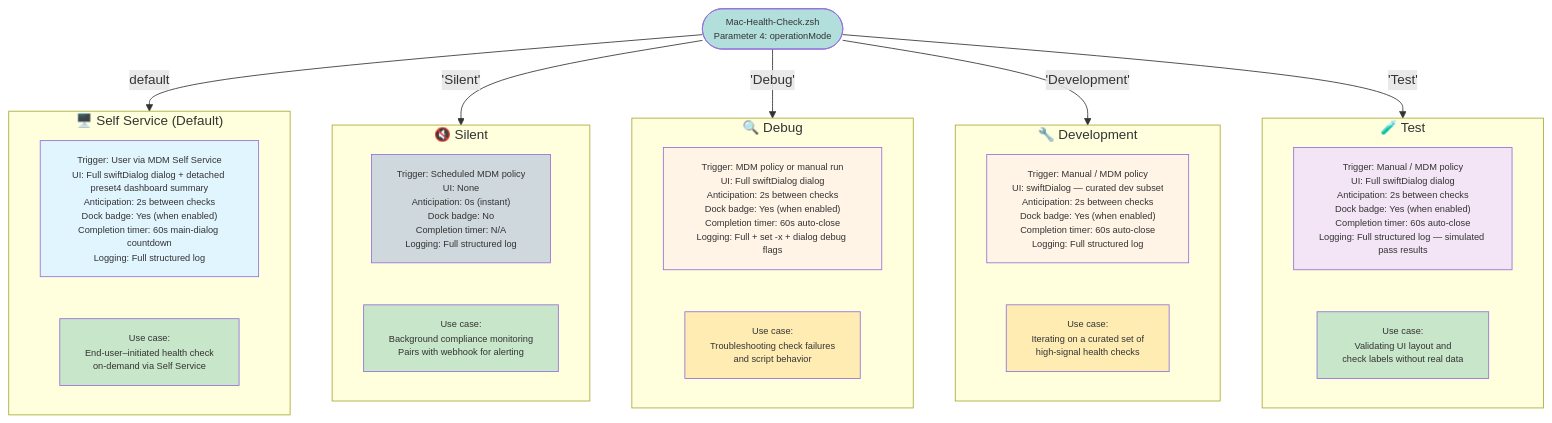
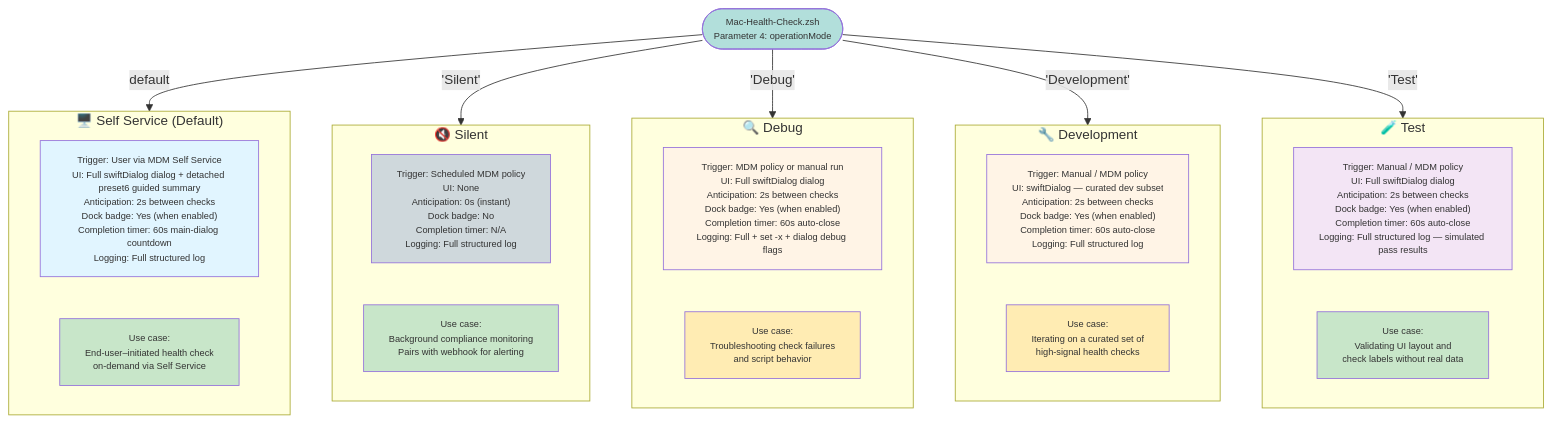
Before and after one commit to HowardGMac/Mac-Health-Check: the diagram in Diagrams/05-operation-modes.md, drawn with Mermaid. The commit also changed other lines of this file and 9 other files, not shown here.

````diff
--- a/Diagrams/05-operation-modes.md
+++ b/Diagrams/05-operation-modes.md
@@ -5,54 +5,54 @@
 ```mermaid
 graph TB
     ENTRY(["Mac-Health-Check.zsh<br>Parameter 4: operationMode"])
 
     subgraph SelfService["🖥️ Self Service (Default)"]
-        SS_DESC["Trigger: User via MDM Self Service<br>UI: Full swiftDialog dialog + detached preset4 dashboard summary<br>Anticipation: 2s between checks<br>Dock badge: Yes (when enabled)<br>Completion timer: 60s main-dialog countdown<br>Logging: Full structured log"]
+        SS_DESC["Trigger: User via MDM Self Service<br>UI: Full swiftDialog dialog + detached preset6 guided summary<br>Anticipation: 2s between checks<br>Dock badge: Yes (when enabled)<br>Completion timer: 60s main-dialog countdown<br>Logging: Full structured log"]
         SS_USE["Use case:<br>End-user–initiated health check<br>on-demand via Self Service"]
 
         style SS_DESC fill:#e1f5ff
         style SS_USE fill:#c8e6c9
     end
 
     subgraph Silent["🔇 Silent"]
         SL_DESC["Trigger: Scheduled MDM policy<br>UI: None<br>Anticipation: 0s (instant)<br>Dock badge: No<br>Completion timer: N/A<br>Logging: Full structured log"]
         SL_USE["Use case:<br>Background compliance monitoring<br>Pairs with webhook for alerting"]
 
         style SL_DESC fill:#cfd8dc
         style SL_USE fill:#c8e6c9
     end
 
     subgraph Debug["🔍 Debug"]
         DB_DESC["Trigger: MDM policy or manual run<br>UI: Full swiftDialog dialog<br>Anticipation: 2s between checks<br>Dock badge: Yes (when enabled)<br>Completion timer: 60s auto-close<br>Logging: Full + set -x + dialog debug flags"]
         DB_USE["Use case:<br>Troubleshooting check failures<br>and script behavior"]
 
         style DB_DESC fill:#fff4e6
         style DB_USE fill:#ffecb3
     end
 
     subgraph Development["🔧 Development"]
         DV_DESC["Trigger: Manual / MDM policy<br>UI: swiftDialog — curated dev subset<br>Anticipation: 2s between checks<br>Dock badge: Yes (when enabled)<br>Completion timer: 60s auto-close<br>Logging: Full structured log"]
         DV_USE["Use case:<br>Iterating on a curated set of<br>high-signal health checks"]
 
         style DV_DESC fill:#fff4e6
         style DV_USE fill:#ffecb3
     end
 
     subgraph Test["🧪 Test"]
         TS_DESC["Trigger: Manual / MDM policy<br>UI: Full swiftDialog dialog<br>Anticipation: 2s between checks<br>Dock badge: Yes (when enabled)<br>Completion timer: 60s auto-close<br>Logging: Full structured log — simulated pass results"]
         TS_USE["Use case:<br>Validating UI layout and<br>check labels without real data"]
 
         style TS_DESC fill:#f3e5f5
         style TS_USE fill:#c8e6c9
     end
 
     ENTRY -->|default| SelfService
     ENTRY -->|"'Silent'"| Silent
     ENTRY -->|"'Debug'"| Debug
     ENTRY -->|"'Development'"| Development
     ENTRY -->|"'Test'"| Test
 
     style ENTRY fill:#b2dfdb
 
     classDef default font-size:11px
 ```
````
